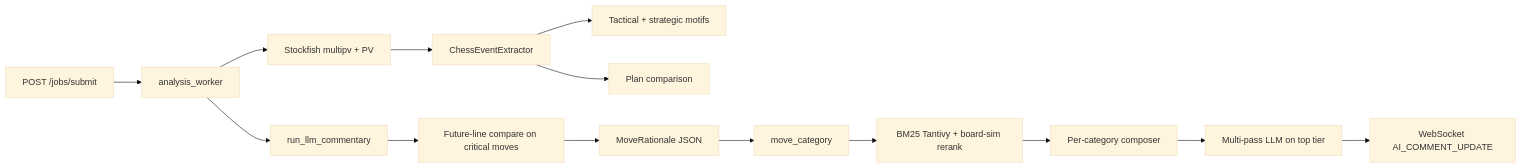
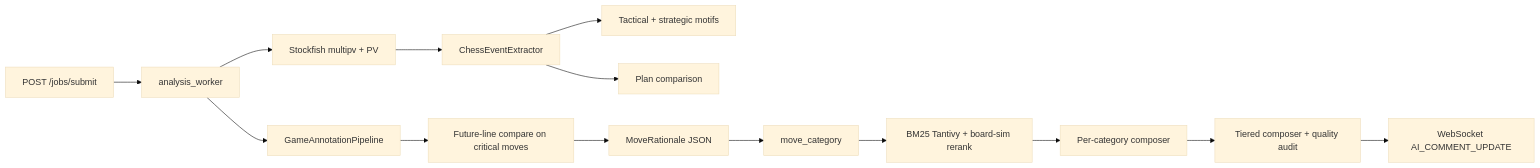
Before and after one commit to JakobSkornik/automatic-chess-annotator: the first of 3 diagrams in README.md, drawn with Mermaid (base theme). The commit also changed other lines of this file and 37 other files, not shown here.

````diff
--- a/README.md
+++ b/README.md
@@ -46,16 +48,16 @@
 ```mermaid
 flowchart LR
   submit[POST /jobs/submit] --> worker[analysis_worker]
   worker --> engine[Stockfish multipv + PV]
   engine --> evt[ChessEventExtractor]
   evt --> motifs[Tactical + strategic motifs]
   evt --> plans[Plan comparison]
-  worker --> llm[run_llm_commentary]
+  worker --> llm[GameAnnotationPipeline]
   llm --> fl[Future-line compare on critical moves]
   fl --> rat[MoveRationale JSON]
   rat --> cat[move_category]
   cat --> rag[BM25 Tantivy + board-sim rerank]
   rag --> prompts[Per-category composer]
-  prompts --> mp[Multi-pass LLM on top tier]
+  prompts --> mp[Tiered composer + quality audit]
   mp --> ws[WebSocket AI_COMMENT_UPDATE]
 ```
````
